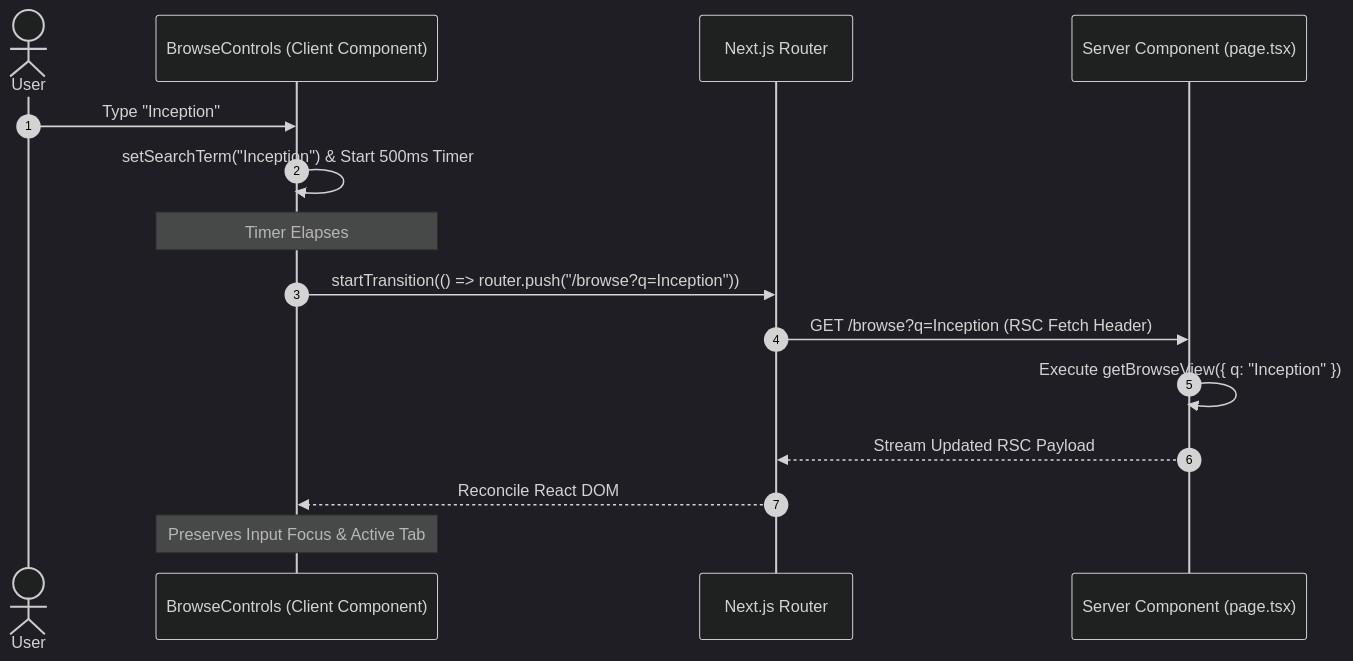
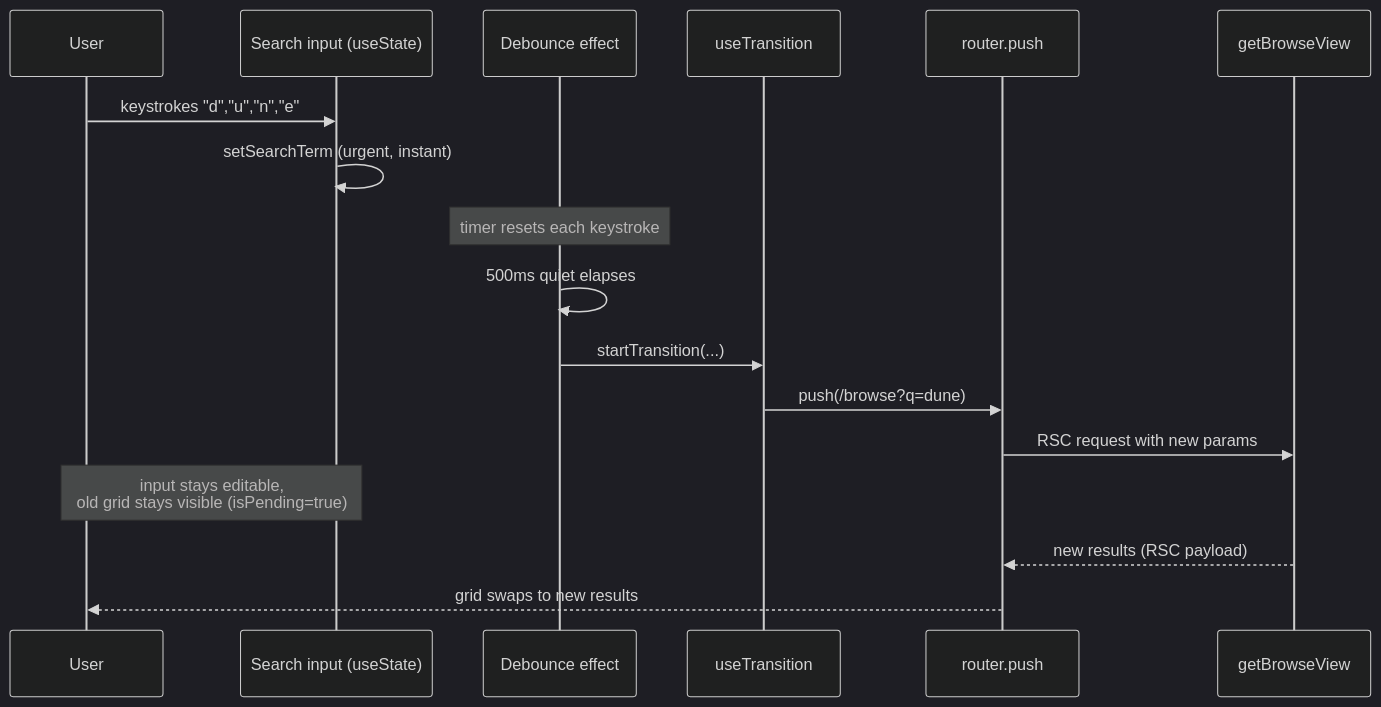
Before and after one commit to dasun-sathsara/lexiflix: the fifth of 9 diagrams in docs/explanatory_documents/browse-rendering-and-data-fetching-lifecycle.md, drawn with Mermaid (dark theme). The commit also changed other lines of this file, not shown here.

Commit message:
docs: rewrite browse page rendering and data-fetching lifecycle architectural masterwork

````diff
--- a/docs/explanatory_documents/browse-rendering-and-data-fetching-lifecycle.md
+++ b/docs/explanatory_documents/browse-rendering-and-data-fetching-lifecycle.md
@@ -191,18 +366,20 @@
 ```mermaid
 sequenceDiagram
-    autonumber
-    actor User
-    participant Controls as BrowseControls (Client Component)
-    participant Router as Next.js Router
-    participant Server as Server Component (page.tsx)
+    participant U as User
+    participant Input as Search input (useState)
+    participant Effect as Debounce effect
+    participant T as useTransition
+    participant Router as router.push
+    participant Server as getBrowseView
 
-    User->>Controls: Type "Inception"
-    Controls->>Controls: setSearchTerm("Inception") & Start 500ms Timer
-    Note over Controls: Timer Elapses
-    Controls->>Router: startTransition(() => router.push("/browse?q=Inception"))
-    Router->>Server: GET /browse?q=Inception (RSC Fetch Header)
-    Server->>Server: Execute getBrowseView({ q: "Inception" })
-    Server-->>Router: Stream Updated RSC Payload
-    Router-->>Controls: Reconcile React DOM
-    Note over Controls: Preserves Input Focus & Active Tab
+    U->>Input: keystrokes "d","u","n","e"
+    Input->>Input: setSearchTerm (urgent, instant)
+    Note over Effect: timer resets each keystroke
+    Effect->>Effect: 500ms quiet elapses
+    Effect->>T: startTransition(...)
+    T->>Router: push(/browse?q=dune)
+    Router->>Server: RSC request with new params
+    Note over U,Input: input stays editable,<br/>old grid stays visible (isPending=true)
+    Server-->>Router: new results (RSC payload)
+    Router-->>U: grid swaps to new results
 ```
````
